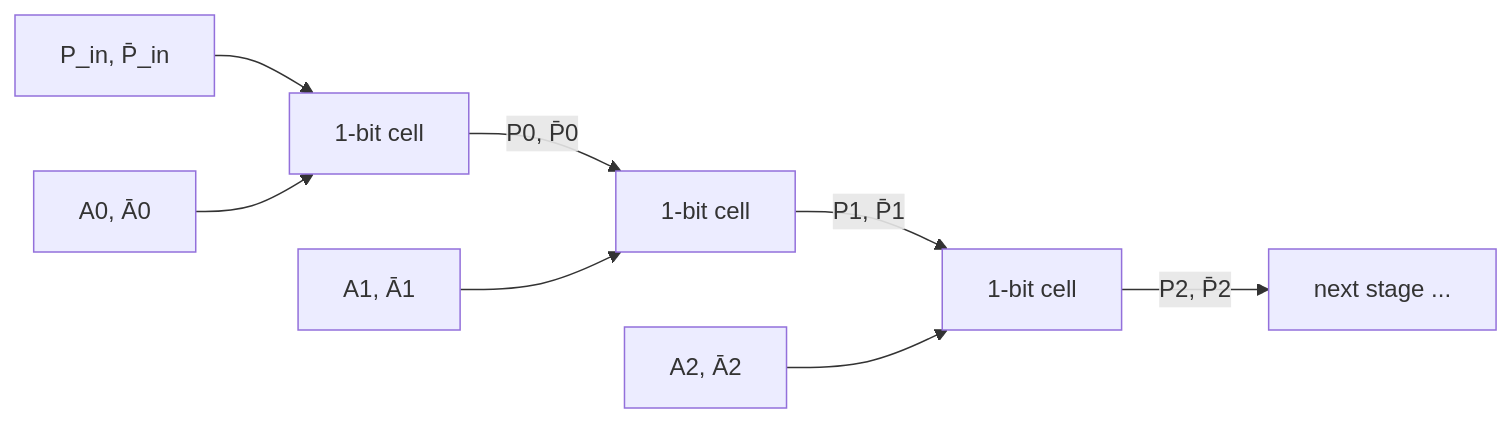
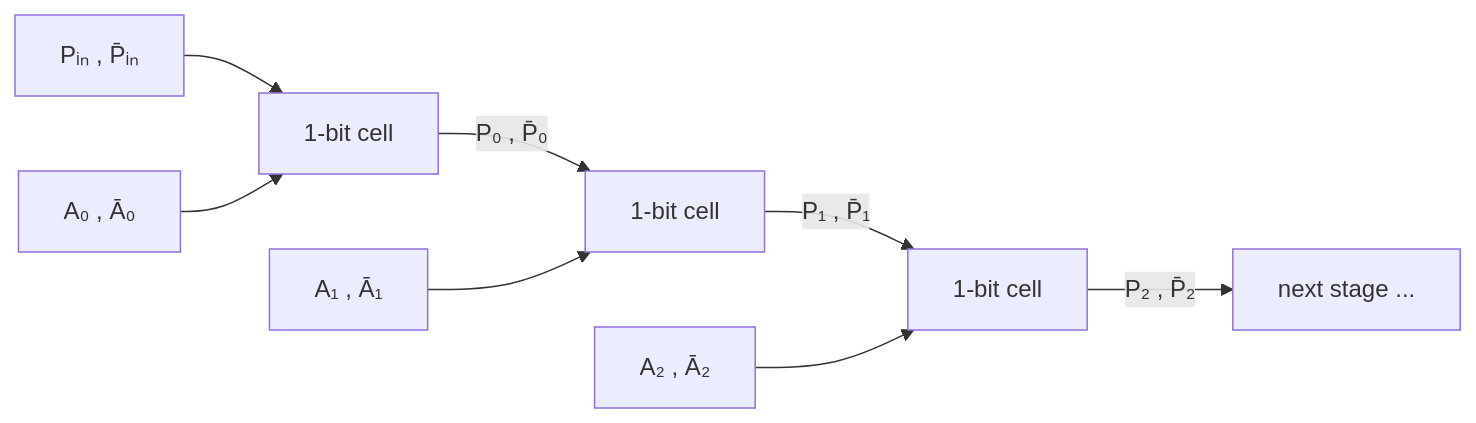
The sixth of 6 diagrams in Module-4-Focused.md (RaghulExists/VLSI), drawn with Mermaid before and after one commit. The commit also changed other lines of this file, not shown here.

Commit message:
Improve readability: format subscripts/variables with inline LaTeX and Unicode in diagrams

````diff
--- a/Module-4-Focused.md
+++ b/Module-4-Focused.md
@@ -512,10 +513,10 @@
 ```mermaid
 flowchart LR
-    Pin["P_in, P̄_in"] --> C0["1-bit cell"]
-    C0 -->|"P0, P̄0"| C1["1-bit cell"]
-    C1 -->|"P1, P̄1"| C2["1-bit cell"]
-    C2 -->|"P2, P̄2"| NEXT["next stage ..."]
-    A0["A0, Ā0"] --> C0
-    A1["A1, Ā1"] --> C1
-    A2["A2, Ā2"] --> C2
+    Pin["Pᵢₙ , P̄ᵢₙ"] --> C0["1-bit cell"]
+    C0 -->|"P₀ , P̄₀"| C1["1-bit cell"]
+    C1 -->|"P₁ , P̄₁"| C2["1-bit cell"]
+    C2 -->|"P₂ , P̄₂"| NEXT["next stage ..."]
+    A0["A₀ , Ā₀"] --> C0
+    A1["A₁ , Ā₁"] --> C1
+    A2["A₂ , Ā₂"] --> C2
 ```
````
